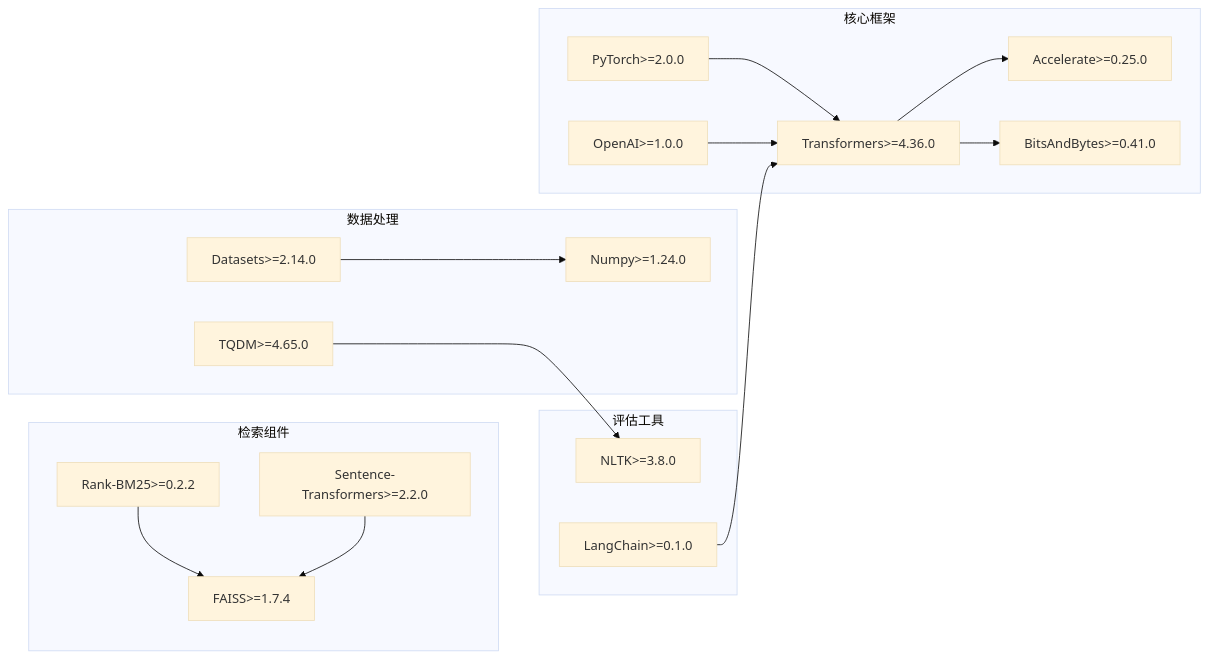
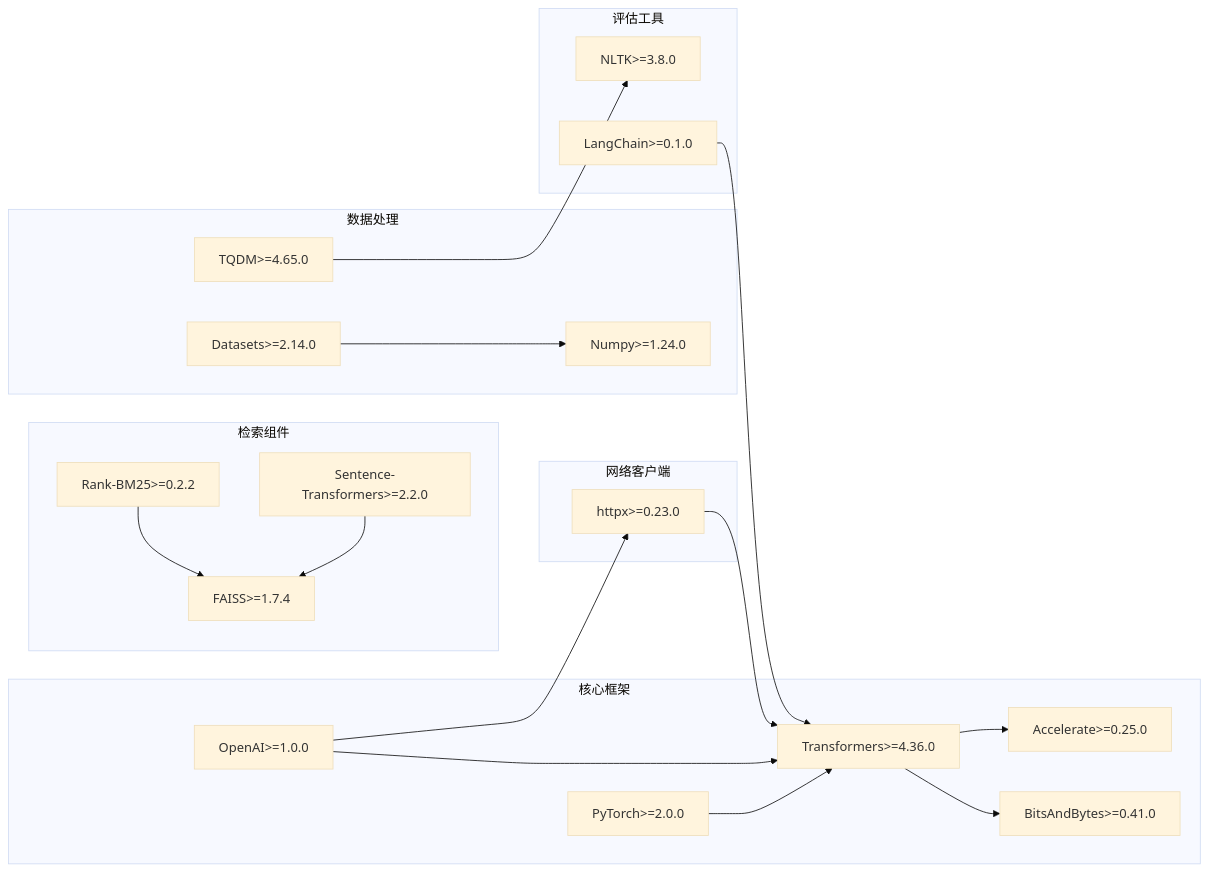
The seventh of 8 diagrams in .qoder/repowiki/zh/content/技术实现指南/生成模型集成.md (kitee0918/-nlp-rag-project), drawn with Mermaid (base theme) before and after one commit. The commit also changed other lines of this file and 5 other files, not shown here.

````diff
--- a/.qoder/repowiki/zh/content/技术实现指南/生成模型集成.md
+++ b/.qoder/repowiki/zh/content/技术实现指南/生成模型集成.md
@@ -459,33 +509,38 @@
 ```mermaid
 graph LR
 subgraph "核心框架"
 A[PyTorch>=2.0.0]
 B[Transformers>=4.36.0]
 C[Accelerate>=0.25.0]
 D[BitsAndBytes>=0.41.0]
 E[OpenAI>=1.0.0]
 end
+subgraph "网络客户端"
+F[httpx>=0.23.0]
+end
 subgraph "检索组件"
-F[Rank-BM25>=0.2.2]
-G[FAISS>=1.7.4]
-H[Sentence-Transformers>=2.2.0]
+G[Rank-BM25>=0.2.2]
+H[FAISS>=1.7.4]
+I[Sentence-Transformers>=2.2.0]
 end
 subgraph "数据处理"
-I[Datasets>=2.14.0]
-J[Numpy>=1.24.0]
-K[TQDM>=4.65.0]
+J[Datasets>=2.14.0]
+K[Numpy>=1.24.0]
+L[TQDM>=4.65.0]
 end
 subgraph "评估工具"
-L[NLTK>=3.8.0]
-M[LangChain>=0.1.0]
+M[NLTK>=3.8.0]
+N[LangChain>=0.1.0]
 end
 A --> B
 B --> C
 B --> D
 E --> B
-F --> G
-H --> G
-I --> J
-K --> L
-M --> B
+E --> F
+F --> B
+G --> H
+I --> H
+J --> K
+L --> M
+N --> B
 ```
````
